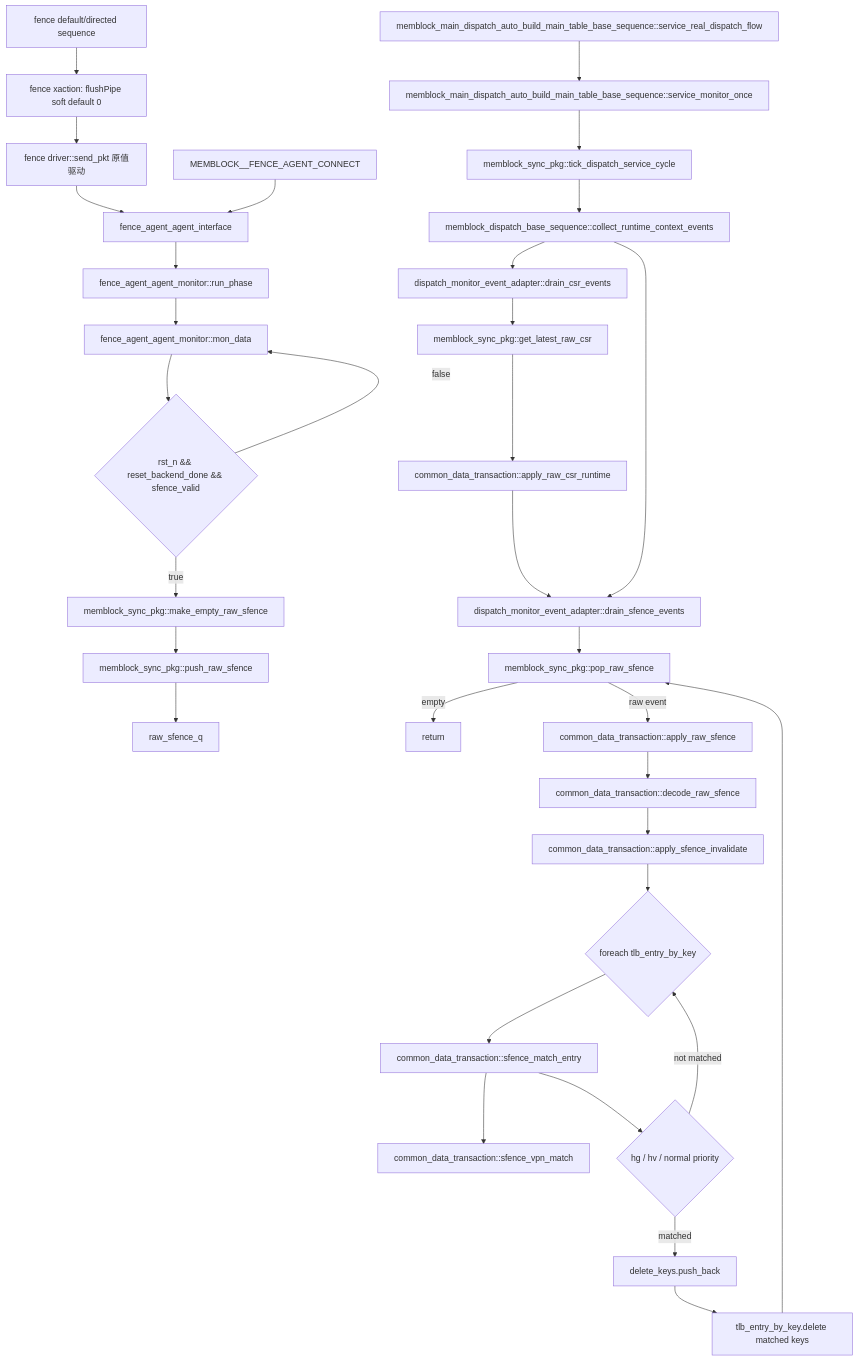
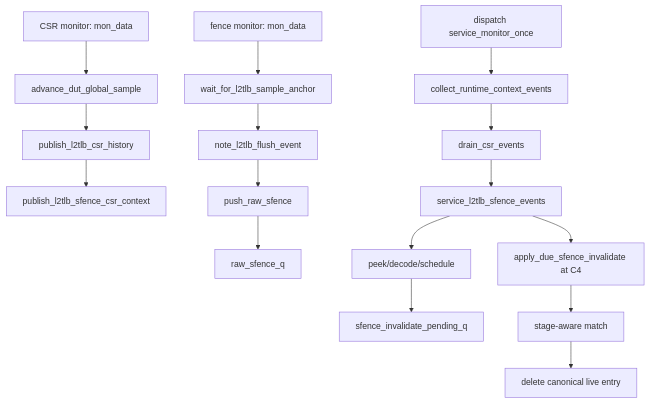
One commit to OpenXiangShan/XiangShan changed the diagram in AI_DOC/mem_ut_flow_doc/sfence_flow.md. Above: the diagram before and after it, drawn with Mermaid. The commit also changed other lines of this file and 17 other files, not shown here.

Commit message:
mem_ut: implement V2 SFENCE/HFENCE live entry invalidation

````diff
--- a/AI_DOC/mem_ut_flow_doc/sfence_flow.md
+++ b/AI_DOC/mem_ut_flow_doc/sfence_flow.md
@@ -46,36 +37,18 @@
 ```mermaid
 flowchart TD
-    A0[fence default/directed sequence] --> A1[fence xaction: flushPipe soft default 0]
-    A1 --> A2[fence driver::send_pkt 原值驱动]
-    A2 --> B
-    A[MEMBLOCK__FENCE_AGENT_CONNECT] --> B[fence_agent_agent_interface]
-    B --> C[fence_agent_agent_monitor::run_phase]
-    C --> D[fence_agent_agent_monitor::mon_data]
-    D --> E{rst_n && reset_backend_done && sfence_valid}
-    E -->|false| D
-    E -->|true| F[memblock_sync_pkg::make_empty_raw_sfence]
-    F --> G[memblock_sync_pkg::push_raw_sfence]
-    G --> H[raw_sfence_q]
-
-    I[memblock_main_dispatch_auto_build_main_table_base_sequence::service_real_dispatch_flow] --> J[memblock_main_dispatch_auto_build_main_table_base_sequence::service_monitor_once]
-    J --> K[memblock_sync_pkg::tick_dispatch_service_cycle]
-    K --> L[memblock_dispatch_base_sequence::collect_runtime_context_events]
-    L --> M[dispatch_monitor_event_adapter::drain_csr_events]
-    M --> N[memblock_sync_pkg::get_latest_raw_csr]
-    N --> O[common_data_transaction::apply_raw_csr_runtime]
-    O --> P[dispatch_monitor_event_adapter::drain_sfence_events]
-    L --> P
-    P --> Q[memblock_sync_pkg::pop_raw_sfence]
-    Q -->|empty| R[return]
-    Q -->|raw event| S[common_data_transaction::apply_raw_sfence]
-    S --> T[common_data_transaction::decode_raw_sfence]
-    T --> U[common_data_transaction::apply_sfence_invalidate]
-    U --> V{foreach tlb_entry_by_key}
-    V --> W[common_data_transaction::sfence_match_entry]
-    W --> X[common_data_transaction::sfence_vpn_match]
-    W --> Y{hg / hv / normal priority}
-    Y -->|matched| Z[delete_keys.push_back]
-    Y -->|not matched| V
-    Z --> AA[tlb_entry_by_key.delete matched keys]
-    AA --> Q
+    A[CSR monitor: mon_data] --> B[advance_dut_global_sample]
+    B --> C[publish_l2tlb_csr_history]
+    C --> D[publish_l2tlb_sfence_csr_context]
+    E[fence monitor: mon_data] --> F[wait_for_l2tlb_sample_anchor]
+    F --> G[note_l2tlb_flush_event]
+    G --> H[push_raw_sfence]
+    H --> I[raw_sfence_q]
+    J[dispatch service_monitor_once] --> K[collect_runtime_context_events]
+    K --> L[drain_csr_events]
+    L --> M[service_l2tlb_sfence_events]
+    M --> N[peek/decode/schedule]
+    N --> O[sfence_invalidate_pending_q]
+    M --> P[apply_due_sfence_invalidate at C4]
+    P --> Q[stage-aware match]
+    Q --> R[delete canonical live entry]
 ```
````
